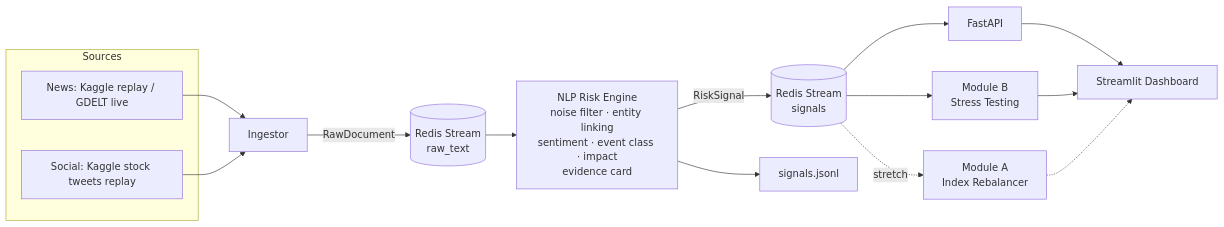
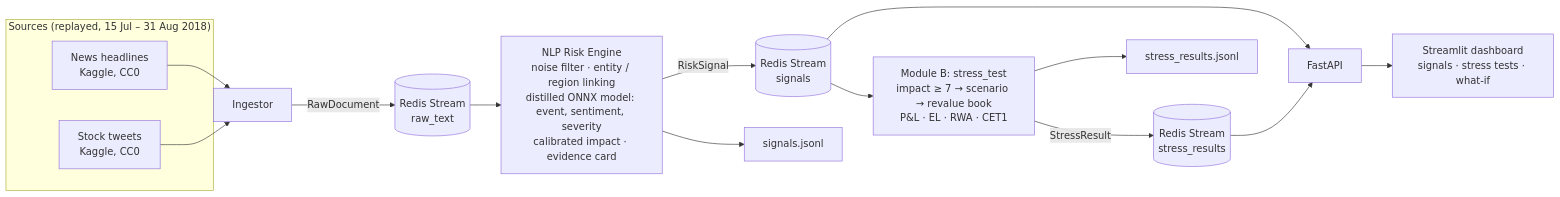
Before and after one commit to YashKumarSharma646/thapar-yash-kumar-sharma-hackathon: the diagram in docs/architecture.md, drawn with Mermaid. The commit also changed other lines of this file and 10 other files, not shown here.

First line of the commit message:
Module B (part 2): final impact calibration with region entities, region-aware scenarios, docs

````diff
--- a/docs/architecture.md
+++ b/docs/architecture.md
@@ -3,19 +3,19 @@
 ```mermaid
 flowchart LR
-    subgraph Sources
-        N[News: Kaggle replay / GDELT live]
-        S[Social: Kaggle stock tweets replay]
+    subgraph Sources["Sources (replayed, 15 Jul – 31 Aug 2018)"]
+        N[News headlines<br/>Kaggle, CC0]
+        S[Stock tweets<br/>Kaggle, CC0]
     end
     N --> I[Ingestor]
     S --> I
     I -- RawDocument --> R1[(Redis Stream<br/>raw_text)]
-    R1 --> E[NLP Risk Engine<br/>noise filter · entity linking<br/>sentiment · event class · impact<br/>evidence card]
+    R1 --> E[NLP Risk Engine<br/>noise filter · entity / region linking<br/>distilled ONNX model: event, sentiment, severity<br/>calibrated impact · evidence card]
     E -- RiskSignal --> R2[(Redis Stream<br/>signals)]
     E --> F[signals.jsonl]
+    R2 --> B[Module B: stress_test<br/>impact ≥ 7 → scenario → revalue book<br/>P&L · EL · RWA · CET1]
+    B -- StressResult --> R3[(Redis Stream<br/>stress_results)]
+    B --> G[stress_results.jsonl]
     R2 --> API[FastAPI]
-    R2 --> B[Module B<br/>Stress Testing]
-    R2 -.stretch.-> A[Module A<br/>Index Rebalancer]
-    API --> D[Streamlit Dashboard]
-    B --> D
-    A -.-> D
+    R3 --> API
+    API --> D[Streamlit dashboard<br/>signals · stress tests · what-if]
 ```
````
